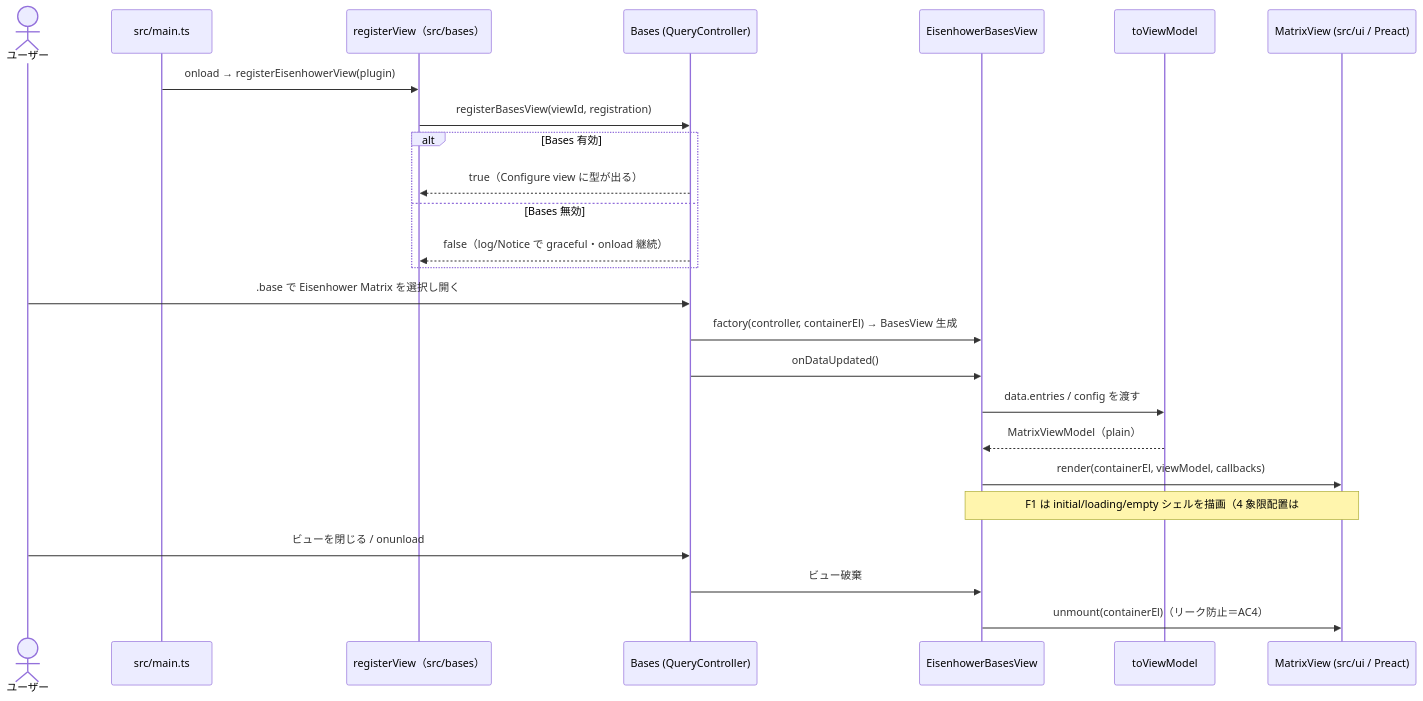
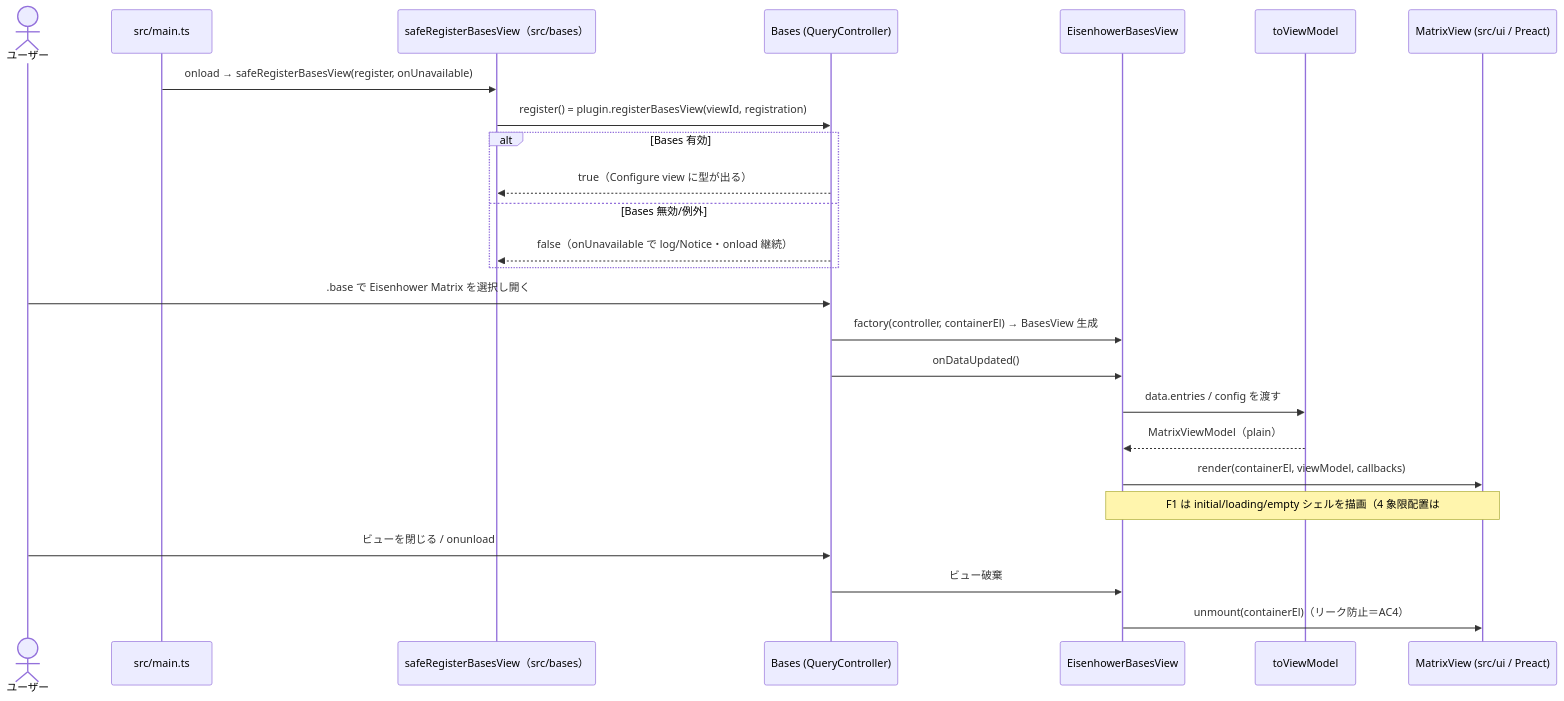
The second of 2 diagrams in docs/design/bases.md (nakaba-lab/eisenhower-bases-view), drawn with Mermaid before and after one commit. The commit also changed other lines of this file and 17 other files, not shown here.

````diff
--- a/docs/design/bases.md
+++ b/docs/design/bases.md
@@ -40,28 +41,28 @@
 ```mermaid
 sequenceDiagram
     actor U as ユーザー
     participant M as src/main.ts
-    participant R as registerView（src/bases）
+    participant R as safeRegisterBasesView（src/bases）
     participant B as Bases (QueryController)
     participant V as EisenhowerBasesView
     participant T as toViewModel
     participant UI as MatrixView (src/ui / Preact)
 
-    M->>R: onload → registerEisenhowerView(plugin)
-    R->>B: registerBasesView(viewId, registration)
+    M->>R: onload → safeRegisterBasesView(register, onUnavailable)
+    R->>B: register() = plugin.registerBasesView(viewId, registration)
     alt Bases 有効
         B-->>R: true（Configure view に型が出る）
-    else Bases 無効
-        B-->>R: false（log/Notice で graceful・onload 継続）
+    else Bases 無効/例外
+        B-->>R: false（onUnavailable で log/Notice・onload 継続）
     end
     U->>B: .base で Eisenhower Matrix を選択し開く
     B->>V: factory(controller, containerEl) → BasesView 生成
     B->>V: onDataUpdated()
     V->>T: data.entries / config を渡す
     T-->>V: MatrixViewModel（plain）
     V->>UI: render(containerEl, viewModel, callbacks)
     Note over V,UI: F1 は initial/loading/empty シェルを描画（4 象限配置は #19）
     U->>B: ビューを閉じる / onunload
     B->>V: ビュー破棄
     V->>UI: unmount(containerEl)（リーク防止＝AC4）
 ```
````
